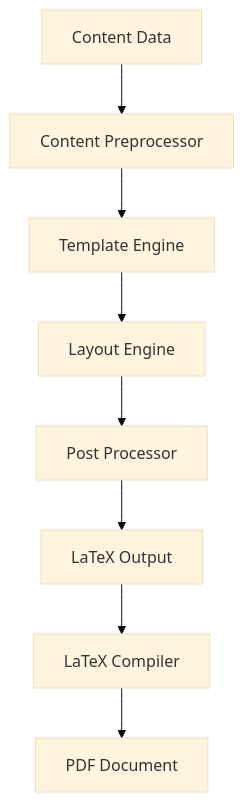
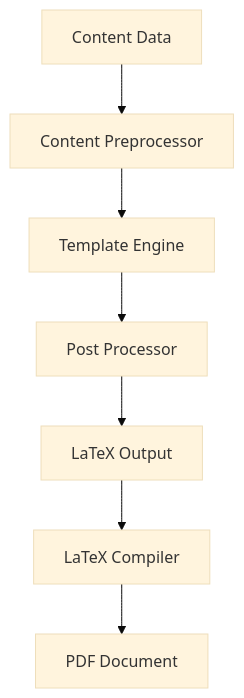
Before and after one commit to sargeant/studiorum: the diagram in docs/source/api/renderers.md, drawn with Mermaid (base theme). The commit also changed other lines of this file and 25 other files, not shown here.

First line of the commit message:
refactor: remove unused layout engine system

````diff
--- a/docs/source/api/renderers.md
+++ b/docs/source/api/renderers.md
@@ -73,10 +64,9 @@
 ```mermaid
 graph TB
     Content[Content Data] --> Preprocessor[Content Preprocessor]
     Preprocessor --> Template[Template Engine]
-    Template --> Layout[Layout Engine]
-    Layout --> PostProcessor[Post Processor]
+    Template --> PostProcessor[Post Processor]
     PostProcessor --> Output[LaTeX Output]
     Output --> Compiler[LaTeX Compiler]
     Compiler --> PDF[PDF Document]
 ```
````
